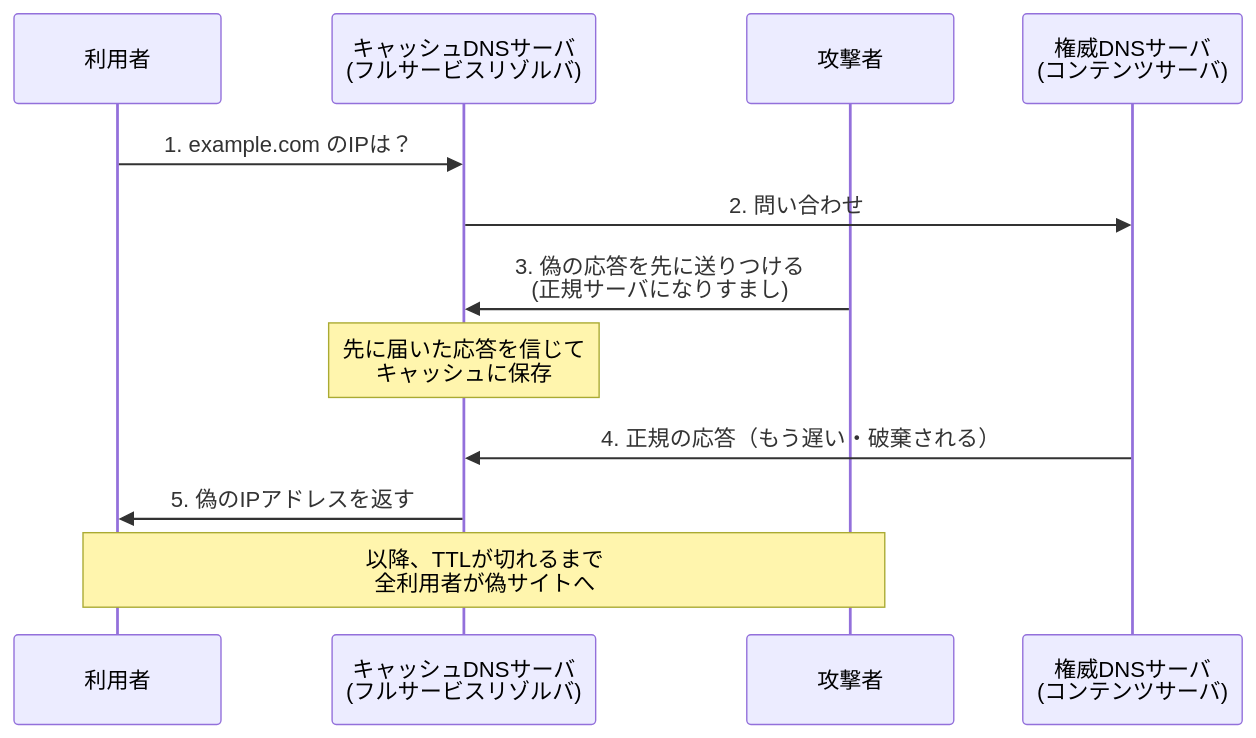
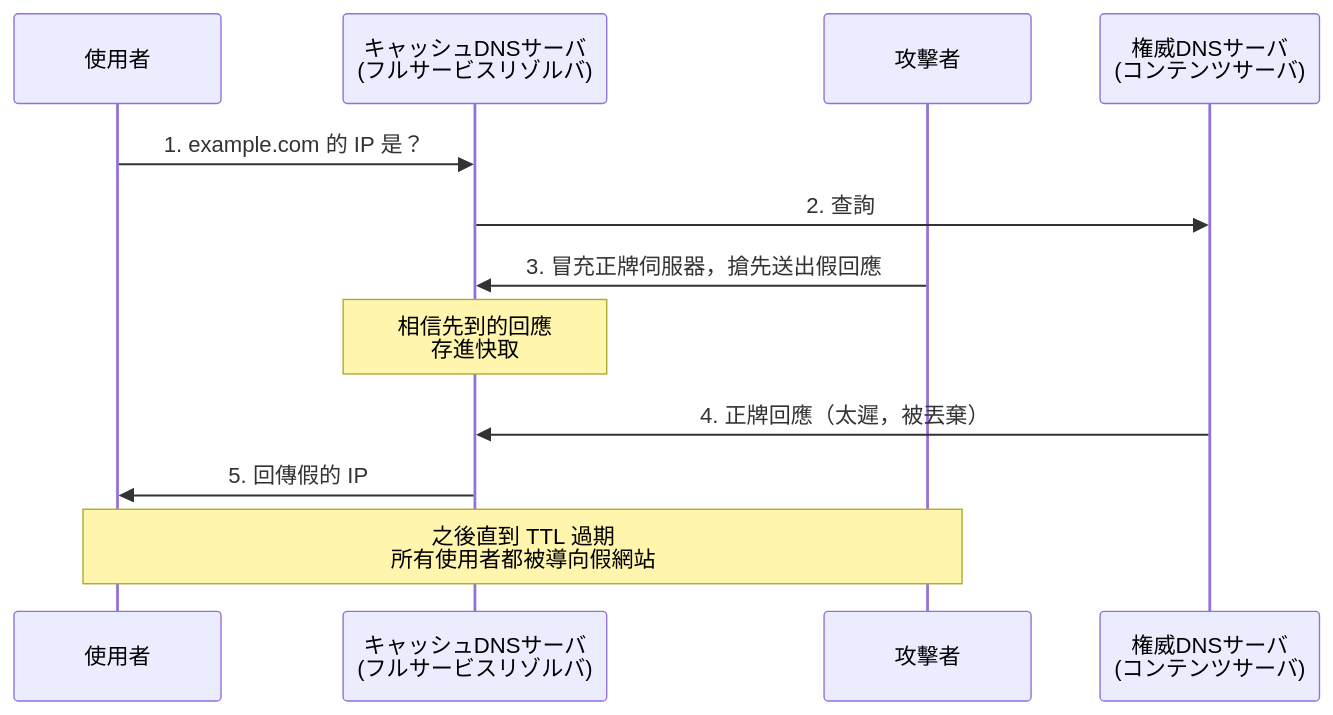
Before and after one commit to hakudevtw/cert_jp_sg: the first of 2 diagrams in sg-vocab/ch1-サイバー攻撃手法/1-10-その他の攻撃手法.md, drawn with Mermaid. The commit also changed other lines of this file and 29 other files, not shown here.

````diff
--- a/sg-vocab/ch1-サイバー攻撃手法/1-10-その他の攻撃手法.md
+++ b/sg-vocab/ch1-サイバー攻撃手法/1-10-その他の攻撃手法.md
@@ -53,14 +132,14 @@
 ```mermaid
 sequenceDiagram
-    participant U as 利用者
+    participant U as 使用者
     participant C as キャッシュDNSサーバ<br/>(フルサービスリゾルバ)
-    participant A as 攻撃者
+    participant A as 攻擊者
     participant K as 権威DNSサーバ<br/>(コンテンツサーバ)
-    U->>C: 1. example.com のIPは？
-    C->>K: 2. 問い合わせ
-    A->>C: 3. 偽の応答を先に送りつける<br/>(正規サーバになりすまし)
-    Note over C: 先に届いた応答を信じて<br/>キャッシュに保存
-    K->>C: 4. 正規の応答（もう遅い・破棄される）
-    C->>U: 5. 偽のIPアドレスを返す
-    Note over U,A: 以降、TTLが切れるまで<br/>全利用者が偽サイトへ
+    U->>C: 1. example.com 的 IP 是？
+    C->>K: 2. 查詢
+    A->>C: 3. 冒充正牌伺服器，搶先送出假回應
+    Note over C: 相信先到的回應<br/>存進快取
+    K->>C: 4. 正牌回應（太遲，被丟棄）
+    C->>U: 5. 回傳假的 IP
+    Note over U,A: 之後直到 TTL 過期<br/>所有使用者都被導向假網站
 ```
````
